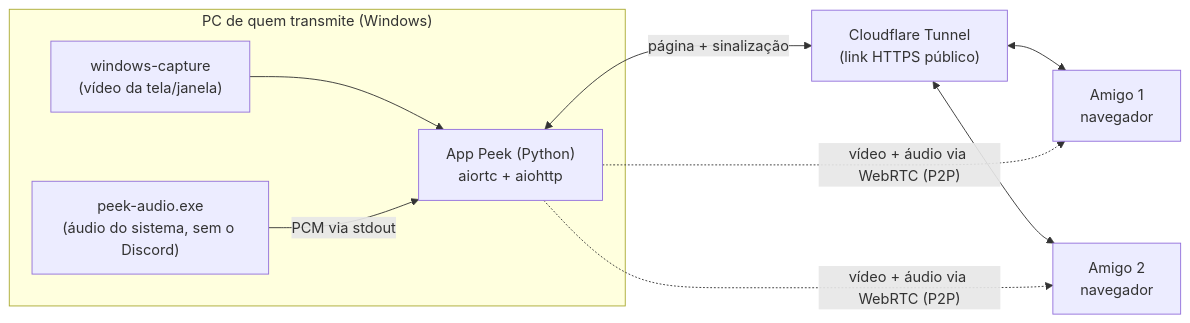
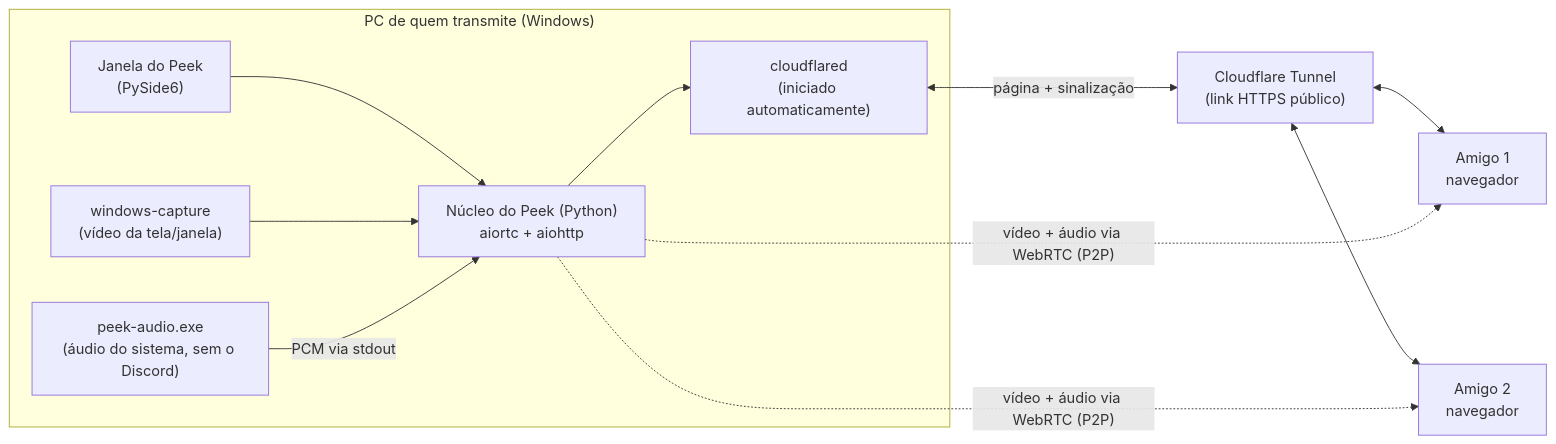
One commit to jkymie/Peek changed the diagram in README.md. Above: the diagram before and after it, drawn with Mermaid. The commit also changed other lines of this file and 1 other file, not shown here.

Commit message:
Add development plan for Peek project outlining phases and milestones

````diff
--- a/README.md
+++ b/README.md
@@ -22,15 +100,17 @@
 ```mermaid
 flowchart LR
     subgraph PC["PC de quem transmite (Windows)"]
+        GUI["Janela do Peek<br/>(PySide6)"] --> APP
         WC["windows-capture<br/>(vídeo da tela/janela)"] --> APP
         AH["peek-audio.exe<br/>(áudio do sistema, sem o Discord)"] -->|PCM via stdout| APP
-        APP["App Peek (Python)<br/>aiortc + aiohttp"]
+        APP["Núcleo do Peek (Python)<br/>aiortc + aiohttp"]
+        APP --> CFD["cloudflared<br/>(iniciado automaticamente)"]
     end
 
-    APP <-->|página + sinalização| CF["Cloudflare Tunnel<br/>(link HTTPS público)"]
+    CFD <-->|página + sinalização| CF["Cloudflare Tunnel<br/>(link HTTPS público)"]
     CF <--> V1["Amigo 1<br/>navegador"]
     CF <--> V2["Amigo 2<br/>navegador"]
 
     APP -. "vídeo + áudio via WebRTC (P2P)" .-> V1
     APP -. "vídeo + áudio via WebRTC (P2P)" .-> V2
 ```
````
